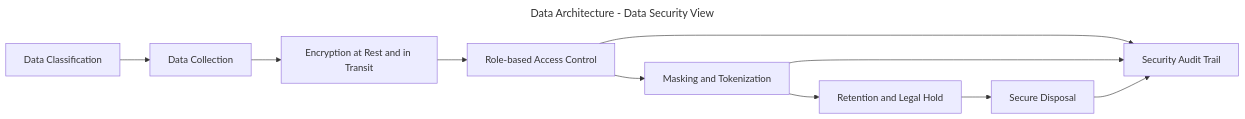
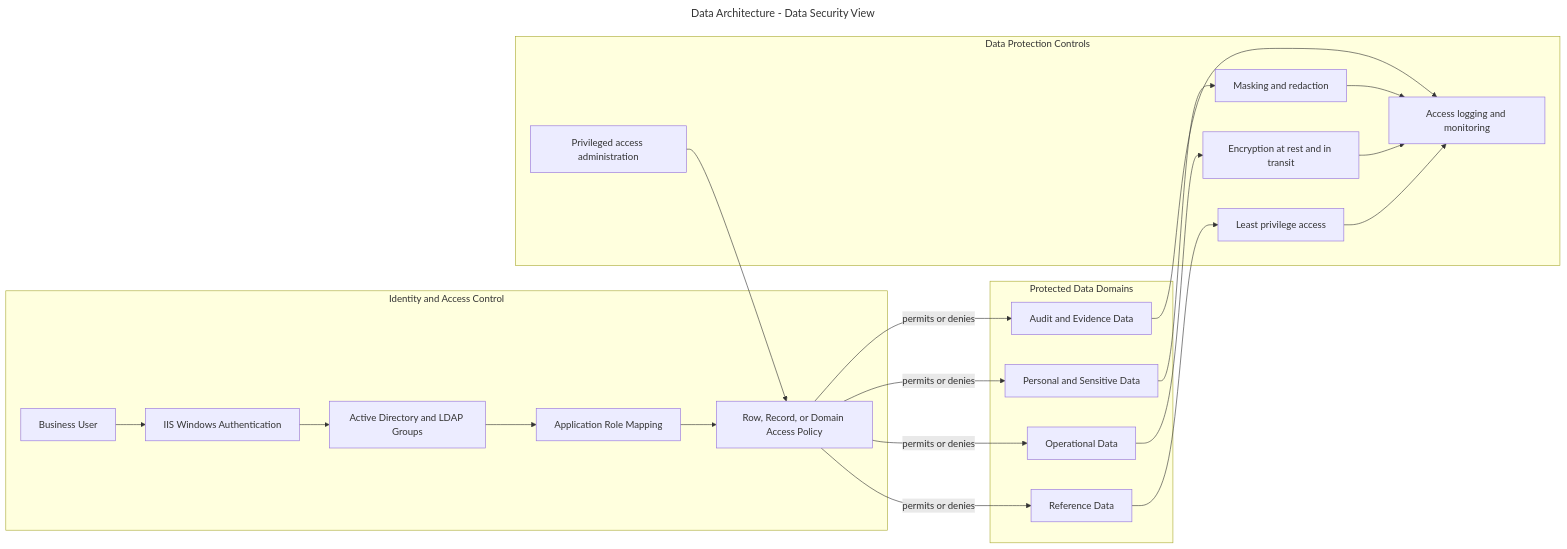
One commit to LewisCM14/django_auth changed the eighth of 27 diagrams in docs/templates.md. Above: the diagram before and after it, drawn with Mermaid. The commit also changed other lines of this file, not shown here.

Commit message:
update template diagrams

````diff
--- a/docs/templates.md
+++ b/docs/templates.md
@@ -205,24 +304,42 @@
 ```mermaid
 ---
 title: Data Architecture - Data Security View
 ---
 flowchart LR
-	Classify[Data Classification]
-	Collect[Data Collection]
-	Encrypt[Encryption at Rest and in Transit]
-	Access[Role-based Access Control]
-	Mask[Masking and Tokenization]
-	Retain[Retention and Legal Hold]
-	Dispose[Secure Disposal]
-	Audit[Security Audit Trail]
+	subgraph IdentityAccess[Identity and Access Control]
+		User[Business User]
+		IIS[IIS Windows Authentication]
+		LDAP[Active Directory and LDAP Groups]
+		RoleMap[Application Role Mapping]
+		Policy[Row, Record, or Domain Access Policy]
+	end
 
-	Classify --> Collect
-	Collect --> Encrypt
-	Encrypt --> Access
-	Access --> Mask
-	Mask --> Retain
-	Retain --> Dispose
-	Access --> Audit
-	Mask --> Audit
-	Dispose --> Audit
+	subgraph DataDomains[Protected Data Domains]
+		PII[Personal and Sensitive Data]
+		Ops[Operational Data]
+		Ref[Reference Data]
+		Audit[Audit and Evidence Data]
+	end
+
+	subgraph DataControls[Data Protection Controls]
+		Mask[Masking and redaction]
+		Encrypt[Encryption at rest and in transit]
+		Least[Least privilege access]
+		Admin[Privileged access administration]
+		Monitor[Access logging and monitoring]
+	end
+
+	User --> IIS --> LDAP --> RoleMap --> Policy
+	Policy -->|permits or denies| PII
+	Policy -->|permits or denies| Ops
+	Policy -->|permits or denies| Ref
+	Policy -->|permits or denies| Audit
+	PII --> Mask
+	Ops --> Encrypt
+	Ref --> Least
+	Audit --> Monitor
+	Admin --> Policy
+	Mask --> Monitor
+	Encrypt --> Monitor
+	Least --> Monitor
 ```
````
